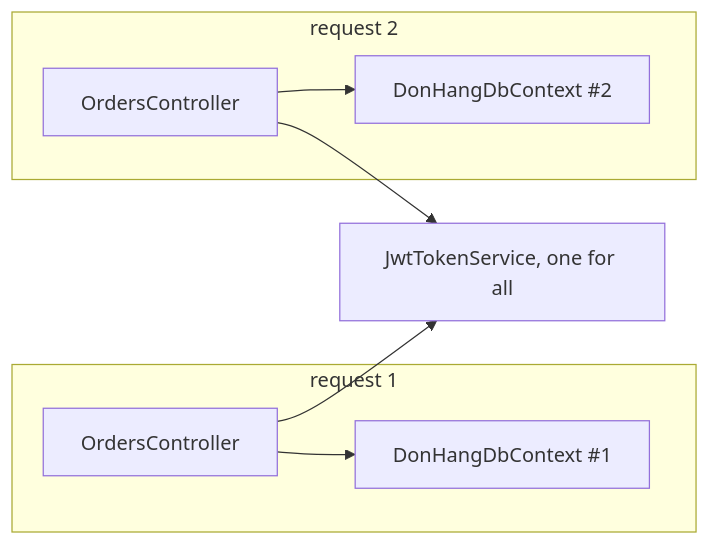
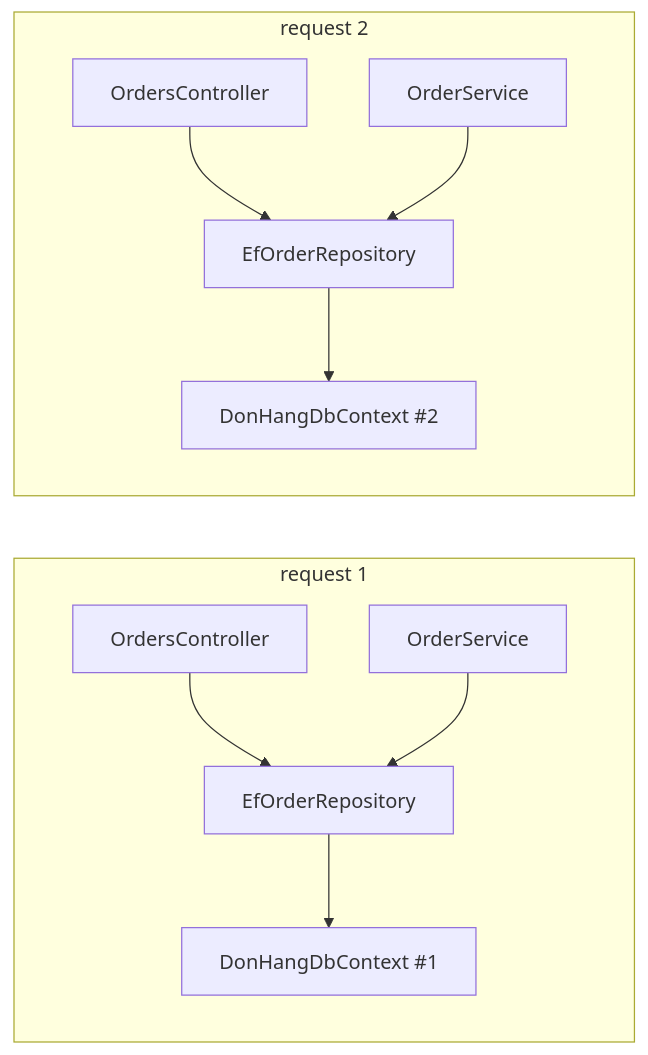
One commit to duyan11110/lo-trinh-architect changed the diagram in content/tracks/design/dependency-injection/design.l1.service-lifetimes.en.md. Above: the diagram before and after it, drawn with Mermaid. The commit also changed other lines of this file and 3 other files, not shown here.

````diff
--- a/content/tracks/design/dependency-injection/design.l1.service-lifetimes.en.md
+++ b/content/tracks/design/dependency-injection/design.l1.service-lifetimes.en.md
@@ -40,11 +40,13 @@
 ```mermaid
 flowchart LR
   subgraph R1[request 1]
-    A1[OrdersController] --> C1[DonHangDbContext #1]
+    A1[OrdersController] --> E1[EfOrderRepository]
+    S1[OrderService] --> E1
+    E1 --> C1[DonHangDbContext #1]
   end
   subgraph R2[request 2]
-    A2[OrdersController] --> C2[DonHangDbContext #2]
+    A2[OrdersController] --> E2[EfOrderRepository]
+    S2[OrderService] --> E2
+    E2 --> C2[DonHangDbContext #2]
   end
-  A1 --> J[JwtTokenService, one for all]
-  A2 --> J
 ```
````
